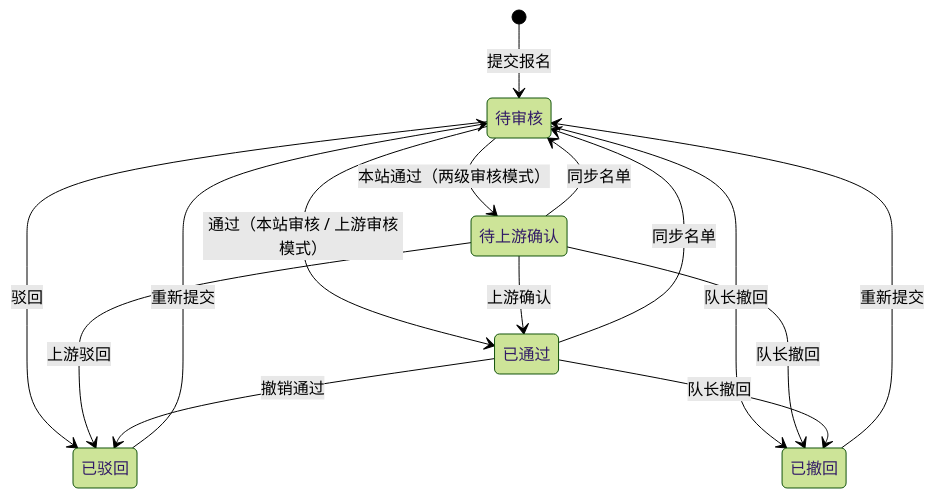
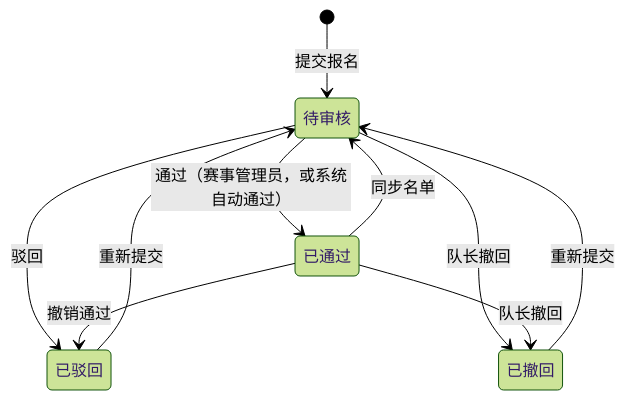
Before and after one commit to Uniseem/sjtu-ow: the fourth of 6 diagrams in docs/design.md, drawn with Mermaid (forest theme). The commit also changed other lines of this file and 77 other files, not shown here.

````diff
--- a/docs/design.md
+++ b/docs/design.md
@@ -907,22 +894,16 @@
 ```mermaid
 stateDiagram-v2
     state "待审核" as pending
-    state "待上游确认" as awaiting
     state "已通过" as approved
     state "已驳回" as rejected
     state "已撤回" as withdrawn
     [*] --> pending: 提交报名
-    pending --> approved: 通过（本站审核 / 上游审核模式）
-    pending --> awaiting: 本站通过（两级审核模式）
+    pending --> approved: 通过（赛事管理员，或系统自动通过）
     pending --> rejected: 驳回
-    awaiting --> approved: 上游确认
-    awaiting --> rejected: 上游驳回
     approved --> rejected: 撤销通过
     pending --> withdrawn: 队长撤回
-    awaiting --> withdrawn: 队长撤回
     approved --> withdrawn: 队长撤回
-    awaiting --> pending: 同步名单
     approved --> pending: 同步名单
     rejected --> pending: 重新提交
     withdrawn --> pending: 重新提交
 ```
````
